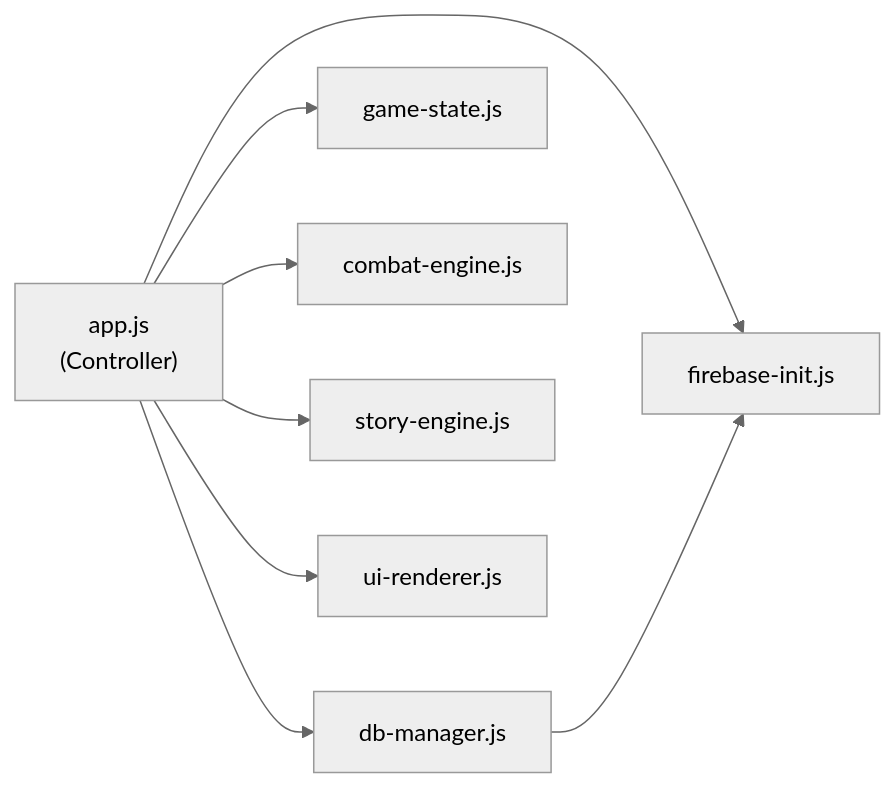
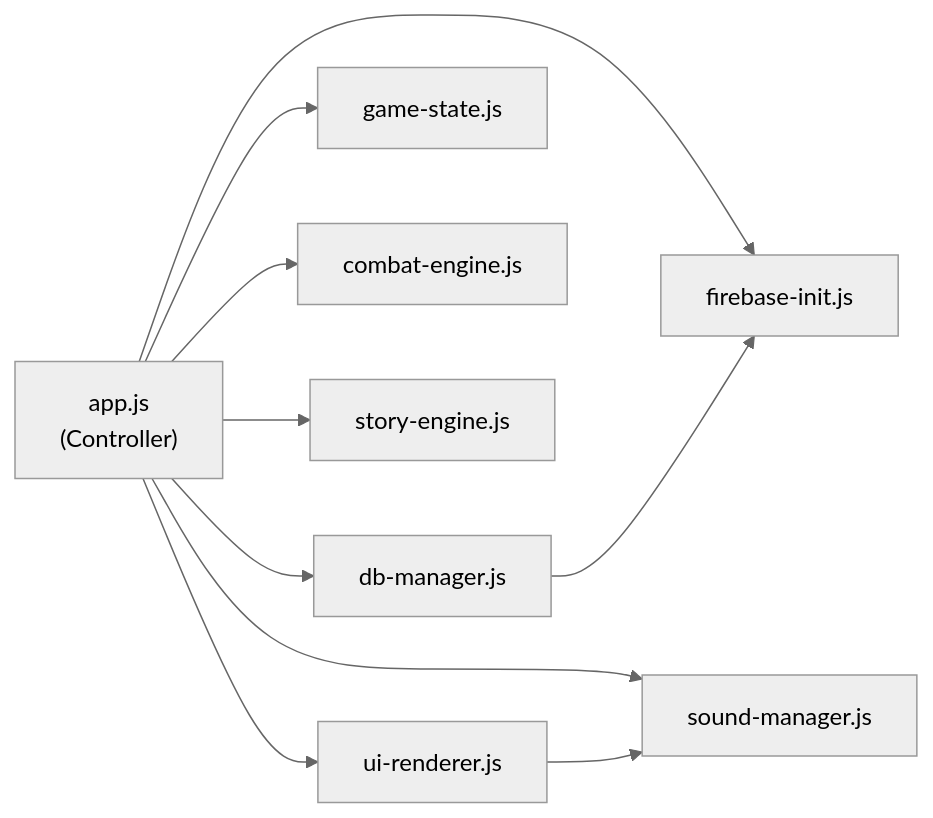
Before and after one commit to mingsuking1002/html_textrpggame: the diagram in project/작업명세서/ARCHITECTURE.md, drawn with Mermaid (neutral theme). The commit also changed other lines of this file and 65 other files, not shown here.

````diff
--- a/project/작업명세서/ARCHITECTURE.md
+++ b/project/작업명세서/ARCHITECTURE.md
@@ -222,18 +269,21 @@
 ```mermaid
 graph LR
   app["app.js<br/>(Controller)"]
   fb["firebase-init.js"]
   db["db-manager.js"]
   gs["game-state.js"]
   ce["combat-engine.js"]
   se["story-engine.js"]
   ui["ui-renderer.js"]
+  sm["sound-manager.js"]
 
   app --> fb
   app --> db
   app --> gs
   app --> ce
   app --> se
   app --> ui
+  app --> sm
   db --> fb
+  ui --> sm
 ```
````
